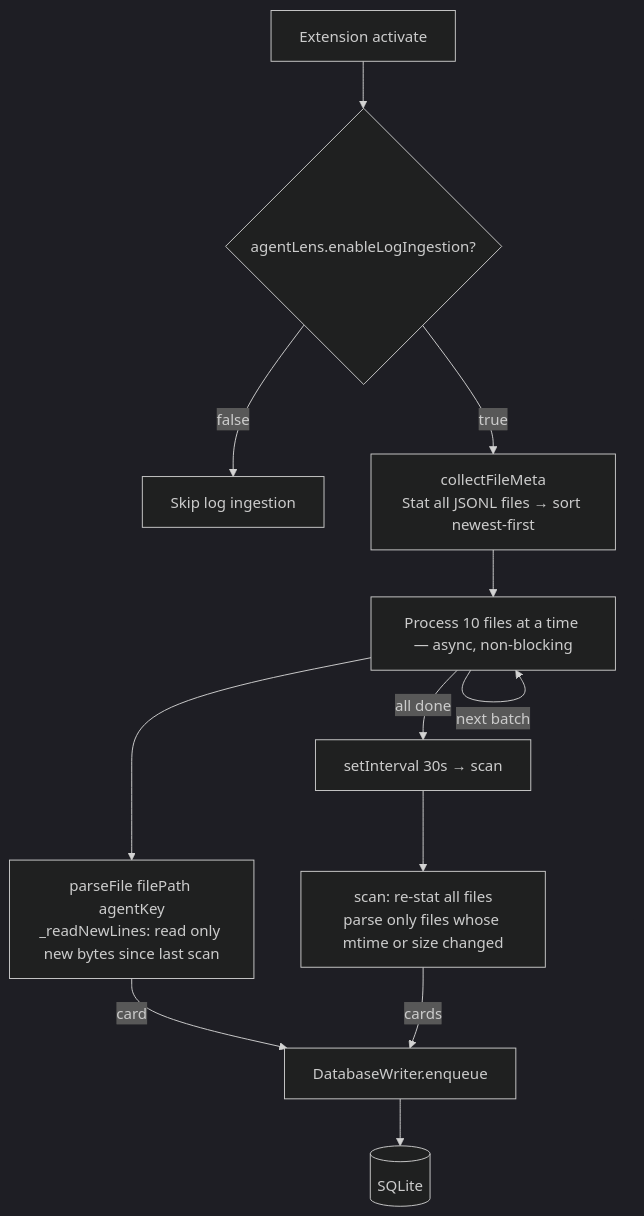
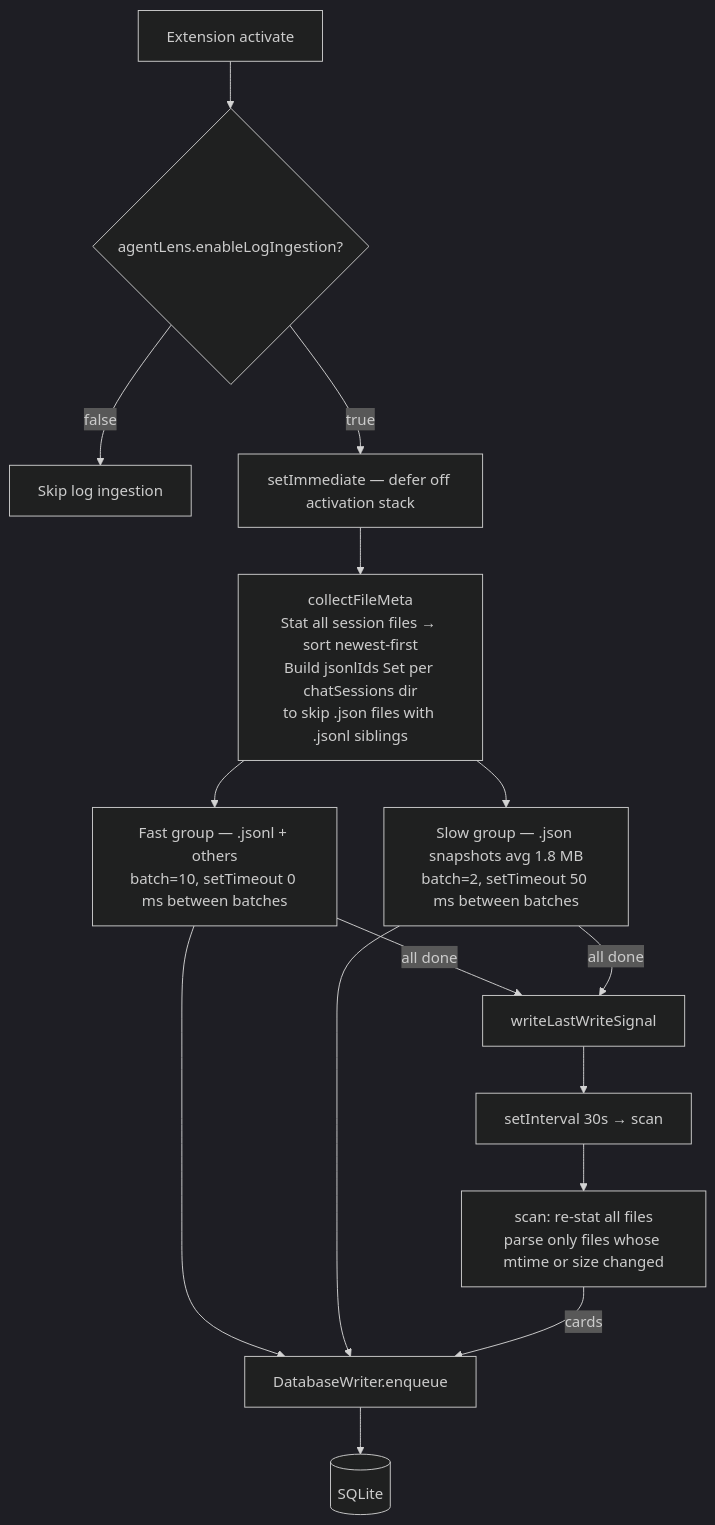
The fourth of 19 diagrams in ARCHITECTURE.md (RogerReed/agentlens), drawn with Mermaid (dark theme) before and after one commit. The commit also changed other lines of this file and 12 other files, not shown here.

````diff
--- a/ARCHITECTURE.md
+++ b/ARCHITECTURE.md
@@ -195,14 +223,17 @@
 ```mermaid
 flowchart TD
     ACT[Extension activate] --> EN{agentLens.enableLogIngestion?}
     EN -- false --> SKIP[Skip log ingestion]
-    EN -- true --> COL[collectFileMeta<br/>Stat all JSONL files → sort newest-first]
-    COL --> BATCH[Process 10 files at a time — async, non-blocking]
-    BATCH --> PF[parseFile filePath agentKey<br/>_readNewLines: read only new bytes since last scan]
-    PF -- card --> WRI[DatabaseWriter.enqueue]
+    EN -- true --> IMM[setImmediate — defer off activation stack]
+    IMM --> COL[collectFileMeta<br/>Stat all session files → sort newest-first<br/>Build jsonlIds Set per chatSessions dir<br/>to skip .json files with .jsonl siblings]
+    COL --> FAST[Fast group — .jsonl + others<br/>batch=10, setTimeout 0 ms between batches]
+    COL --> SLOW[Slow group — .json snapshots avg 1.8 MB<br/>batch=2, setTimeout 50 ms between batches]
+    FAST --> WRI[DatabaseWriter.enqueue]
+    SLOW --> WRI
     WRI --> DB[(SQLite)]
-    BATCH -- next batch --> BATCH
-    BATCH -- all done --> TIMER[setInterval 30s → scan]
+    FAST -- all done --> SIGNAL[writeLastWriteSignal]
+    SLOW -- all done --> SIGNAL
+    SIGNAL --> TIMER[setInterval 30s → scan]
     TIMER --> INC[scan: re-stat all files<br/>parse only files whose mtime or size changed]
     INC -- cards --> WRI
 ```
````
